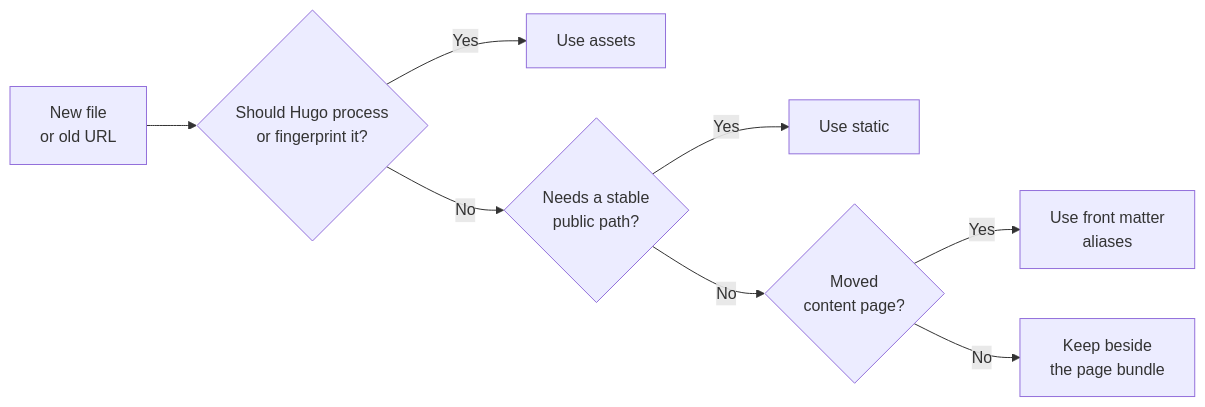
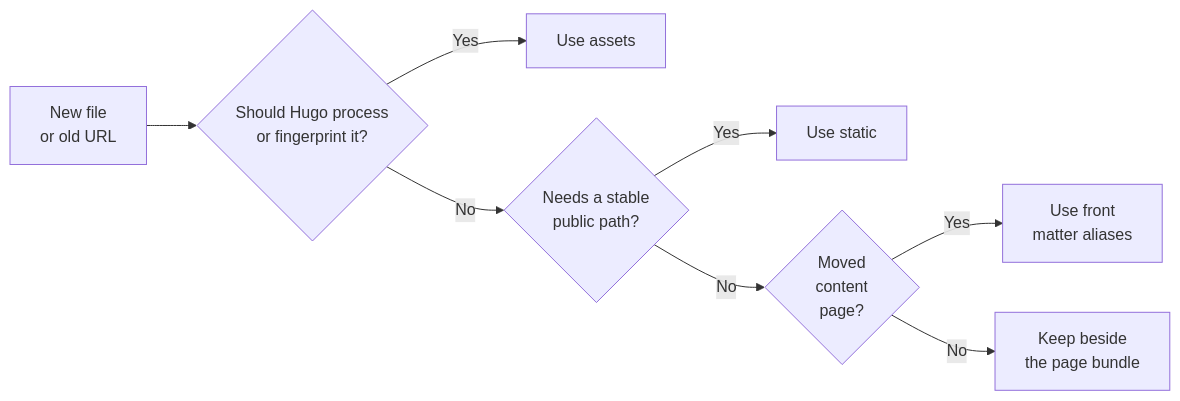
Before and after one commit to vanityURLs/website: the diagram in content/docs/web-site/content-authoring.en.md, drawn with Mermaid. The commit also changed 38 other files, not shown here.

Commit message:
docs: document lookup routes and diagrams

```diff
--- a/content/docs/web-site/content-authoring.en.md
+++ b/content/docs/web-site/content-authoring.en.md
@@ -154,19 +154,19 @@
 {{< mermaid >}}
 flowchart LR
   A[New file<br/>or old URL]
   B{Should Hugo process<br/>or fingerprint it?}
   C[Use assets]
   D{Needs a stable<br/>public path?}
   E[Use static]
-  F{Moved<br/>content page?}
-  G[Use front matter<br/>aliases]
+  F{Moved<br/>content<br/>page?}
+  G[Use front<br/>matter aliases]
   H[Keep beside<br/>the page bundle]
 
   A --> B
   B -->|Yes| C
   B -->|No| D
   D -->|Yes| E
   D -->|No| F
   F -->|Yes| G
   F -->|No| H
 {{< /mermaid >}}
```
